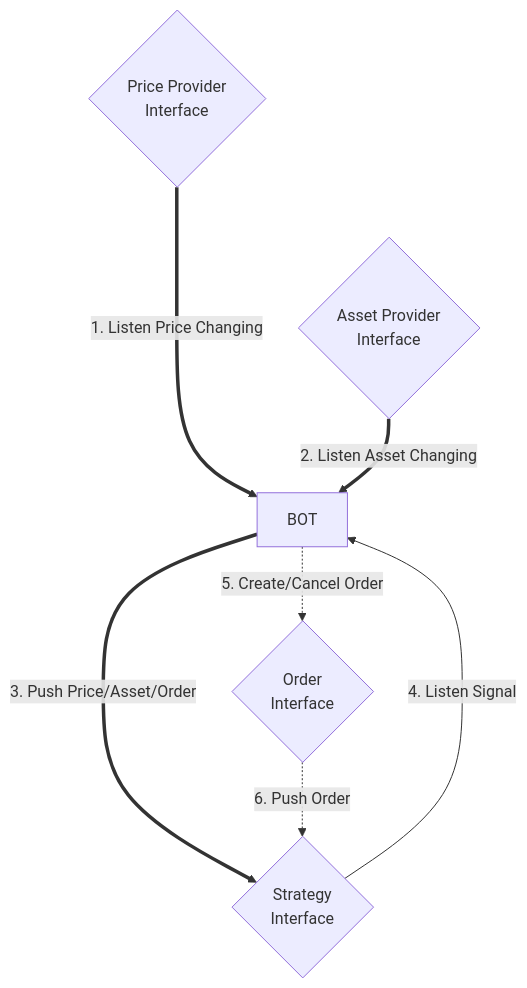
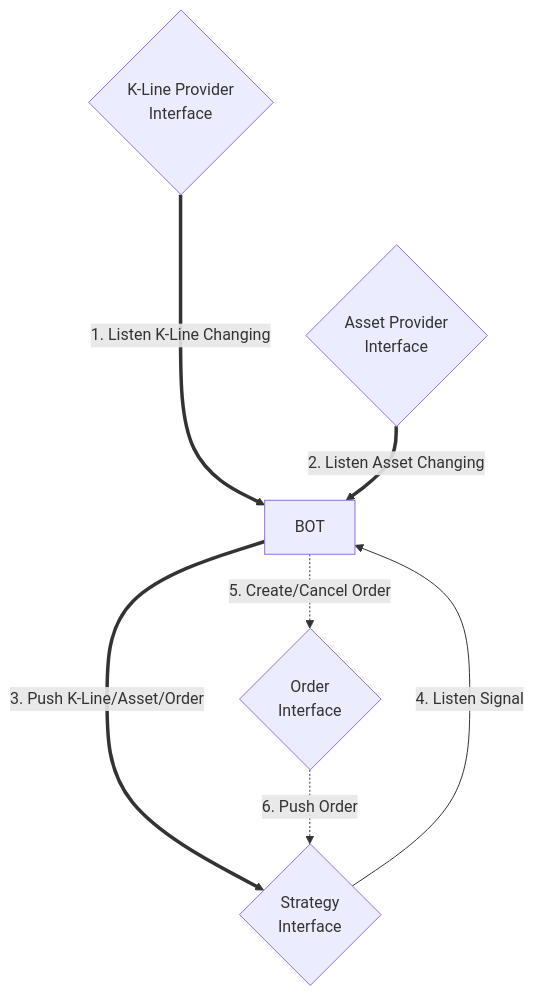
Before and after one commit to yanun0323/treasure_bowl: the diagram in README.md, drawn with Mermaid. The commit also changed 15 other files, not shown here.

Commit message:
rename price to kline

````diff
--- a/README.md
+++ b/README.md
@@ -9,14 +9,14 @@
 ```mermaid
 graph TD
-    PriceProvider{"Price Provider\nInterface"}
+    KLineProvider{"K-Line Provider\nInterface"}
     AssetProvider{"Asset Provider\nInterface"}
     Strategy{Strategy\nInterface}
     Order{Order\nInterface}
 
-    PriceProvider ===>|1. Listen Price Changing| BOT
+    KLineProvider ===>|1. Listen K-Line Changing| BOT
     AssetProvider ==>|2. Listen Asset Changing| BOT
-    BOT ==>|3. Push Price/Asset/Order| Strategy 
+    BOT ==>|3. Push K-Line/Asset/Order| Strategy 
     Strategy -->|4. Listen Signal| BOT
     BOT -.->|5. Create/Cancel Order| Order
     Order -.->|6. Push Order| Strategy
 ```
````
